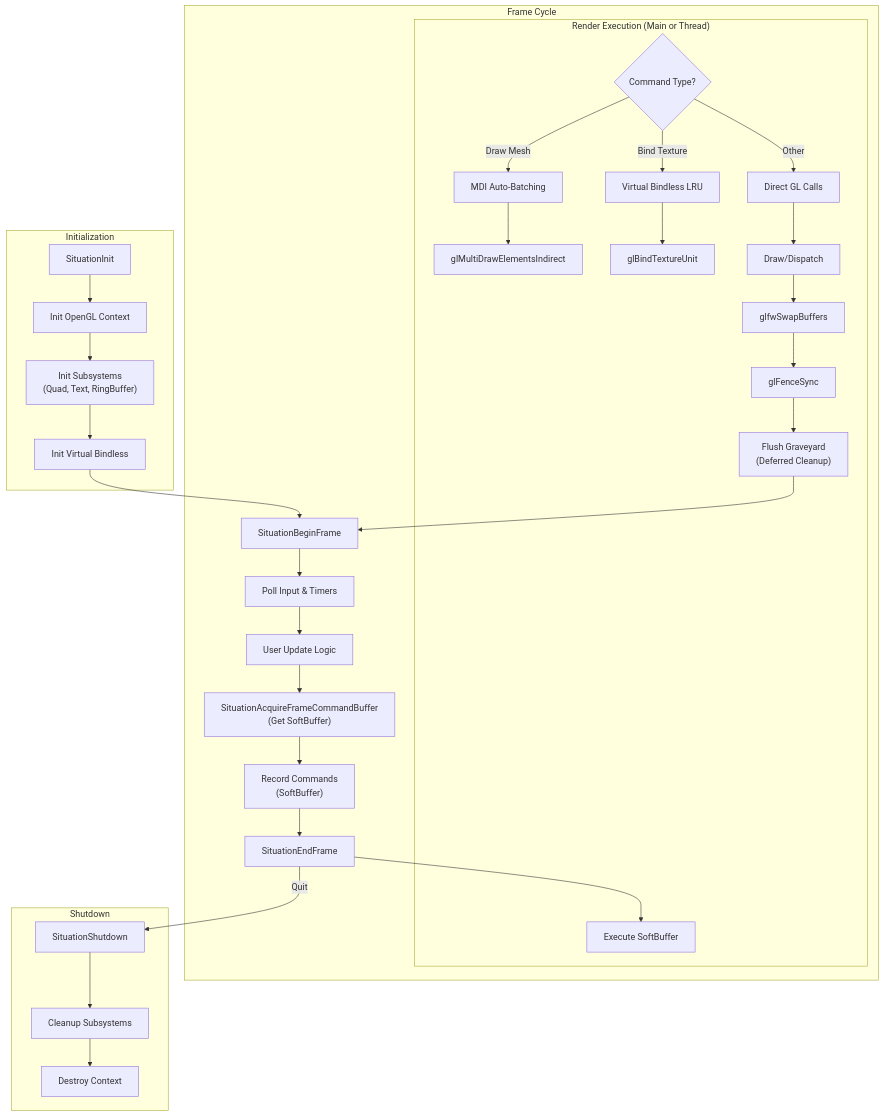
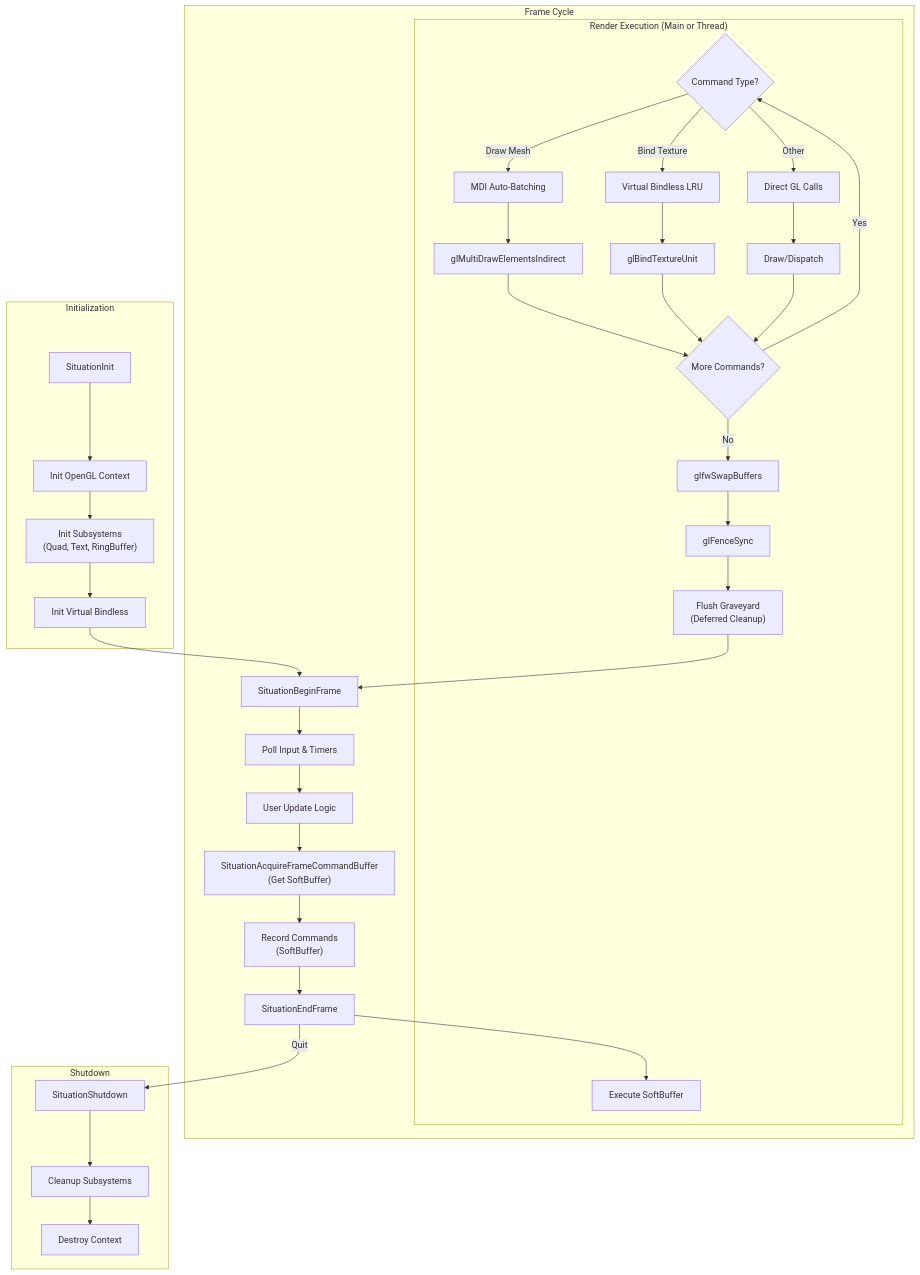
One commit to jmorel33/situation changed the third of 4 diagrams in README.md. Above: the diagram before and after it, drawn with Mermaid. The commit also changed other lines of this file, not shown here.

First line of the commit message:
docs(readme): update mermaid diagrams to reflect latest architecture

````diff
--- a/README.md
+++ b/README.md
@@ -273,47 +339,51 @@
 ```mermaid
 graph TD
     %% Nodes
     subgraph Init ["Initialization"]
         I1["SituationInit"]
         I2["Init OpenGL Context"]
         I3["Init Subsystems<br/>(Quad, Text, RingBuffer)"]
         I4["Init Virtual Bindless"]
     end
 
     subgraph Loop ["Frame Cycle"]
         L1["SituationBeginFrame"]
         L2["Poll Input & Timers"]
         L3["User Update Logic"]
         L4["SituationAcquireFrameCommandBuffer<br/>(Get SoftBuffer)"]
         L5["Record Commands<br/>(SoftBuffer)"]
         L6["SituationEndFrame"]
 
         subgraph Render ["Render Execution (Main or Thread)"]
             R1["Execute SoftBuffer"]
             R2{"Command Type?"}
             R2 -- "Draw Mesh" --> R3["MDI Auto-Batching"]
             R2 -- "Bind Texture" --> R4["Virtual Bindless LRU"]
             R2 -- "Other" --> R5["Direct GL Calls"]
             R3 --> R6["glMultiDrawElementsIndirect"]
             R4 --> R7["glBindTextureUnit"]
             R5 --> R8["Draw/Dispatch"]
-            R8 --> S1["glfwSwapBuffers"]
+            R6 --> R9{"More Commands?"}
+            R7 --> R9
+            R8 --> R9
+            R9 -- "Yes" --> R2
+            R9 -- "No" --> S1["glfwSwapBuffers"]
             S1 --> S2["glFenceSync"]
             S2 --> S3["Flush Graveyard<br/>(Deferred Cleanup)"]
         end
     end
 
     subgraph Exit ["Shutdown"]
         E1["SituationShutdown"]
         E2["Cleanup Subsystems"]
         E3["Destroy Context"]
     end
 
     %% Flow
     I1 --> I2 --> I3 --> I4 --> L1
     L1 --> L2 --> L3 --> L4 --> L5 --> L6
     L6 --> R1
     S3 --> L1
     L6 -- "Quit" --> E1
     E1 --> E2 --> E3
 ```
````
